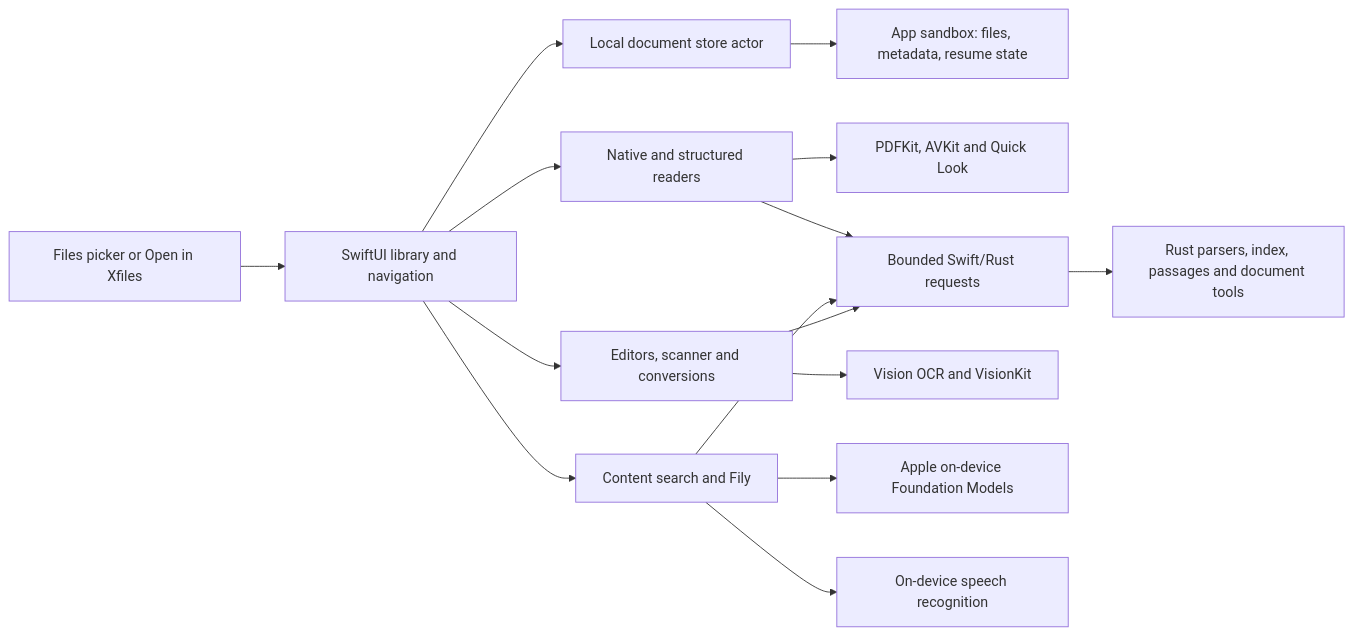
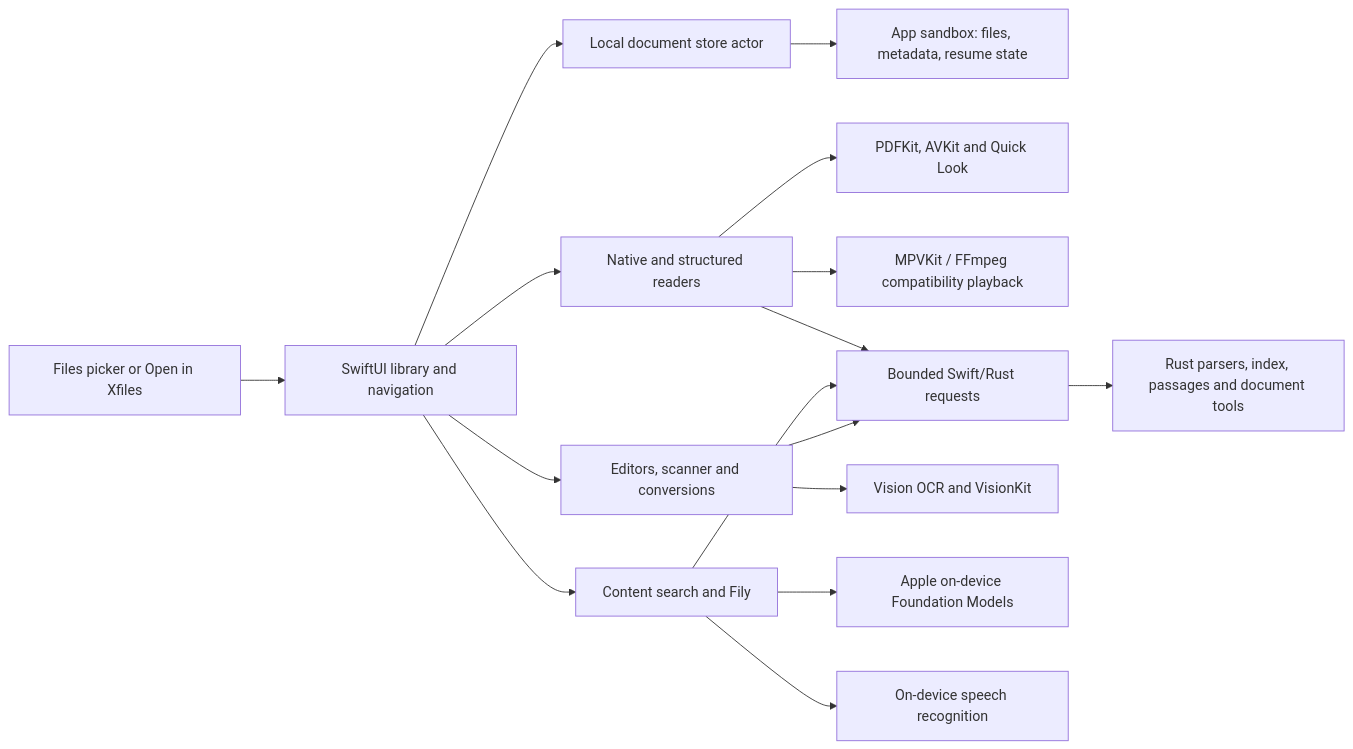
One commit to kishore-bot/X-Files changed the diagram in docs/IOS_ARCHITECTURE.md. Above: the diagram before and after it, drawn with Mermaid. The commit also changed other lines of this file and 21 other files, not shown here.

First line of the commit message:
Add iOS compatibility playback, EPUB notebook, and Fily reader controls

````diff
--- a/docs/IOS_ARCHITECTURE.md
+++ b/docs/IOS_ARCHITECTURE.md
@@ -7,17 +7,18 @@
 ```mermaid
 flowchart LR
     Files["Files picker or Open in Xfiles"] --> Library["SwiftUI library and navigation"]
     Library --> Store["Local document store actor"]
     Store --> Disk["App sandbox: files, metadata, resume state"]
     Library --> Reader["Native and structured readers"]
     Library --> Search["Content search and Fily"]
     Library --> Tools["Editors, scanner and conversions"]
     Reader --> Apple["PDFKit, AVKit and Quick Look"]
+    Reader --> Playback["MPVKit / FFmpeg compatibility playback"]
     Reader --> Bridge["Bounded Swift/Rust requests"]
     Search --> Bridge
     Tools --> Bridge
     Tools --> Vision["Vision OCR and VisionKit"]
     Bridge --> Engine["Rust parsers, index, passages and document tools"]
     Search --> Model["Apple on-device Foundation Models"]
     Search --> Speech["On-device speech recognition"]
 ```
````
